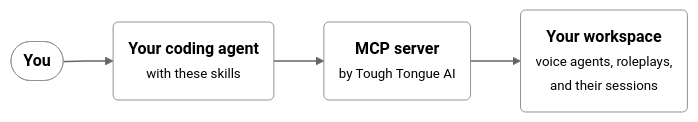
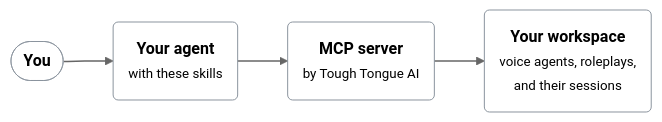
Before and after one commit to tough-tongue/toughtongue-skills: the diagram in README.md, drawn with Mermaid (neutral theme). The commit also changed other lines of this file, not shown here.

````diff
--- a/README.md
+++ b/README.md
@@ -13,8 +155,8 @@
 ```mermaid
 flowchart LR
-  you(["<b>You</b>"]) --> agent("<b>Your coding agent</b><br/><small>with these skills</small>")
+  you(["<b>You</b>"]) --> agent("<b>Your agent</b><br/><small>with these skills</small>")
   agent --> mcp("<b>MCP server</b><br/><small>by Tough Tongue AI</small>")
   mcp --> ws("<b>Your workspace</b><br/><small>voice agents, roleplays,<br/>and their sessions</small>")
   classDef default fill:transparent,stroke:#8b949e,stroke-width:1px
   linkStyle default stroke-width:1.5px
 ```
````
